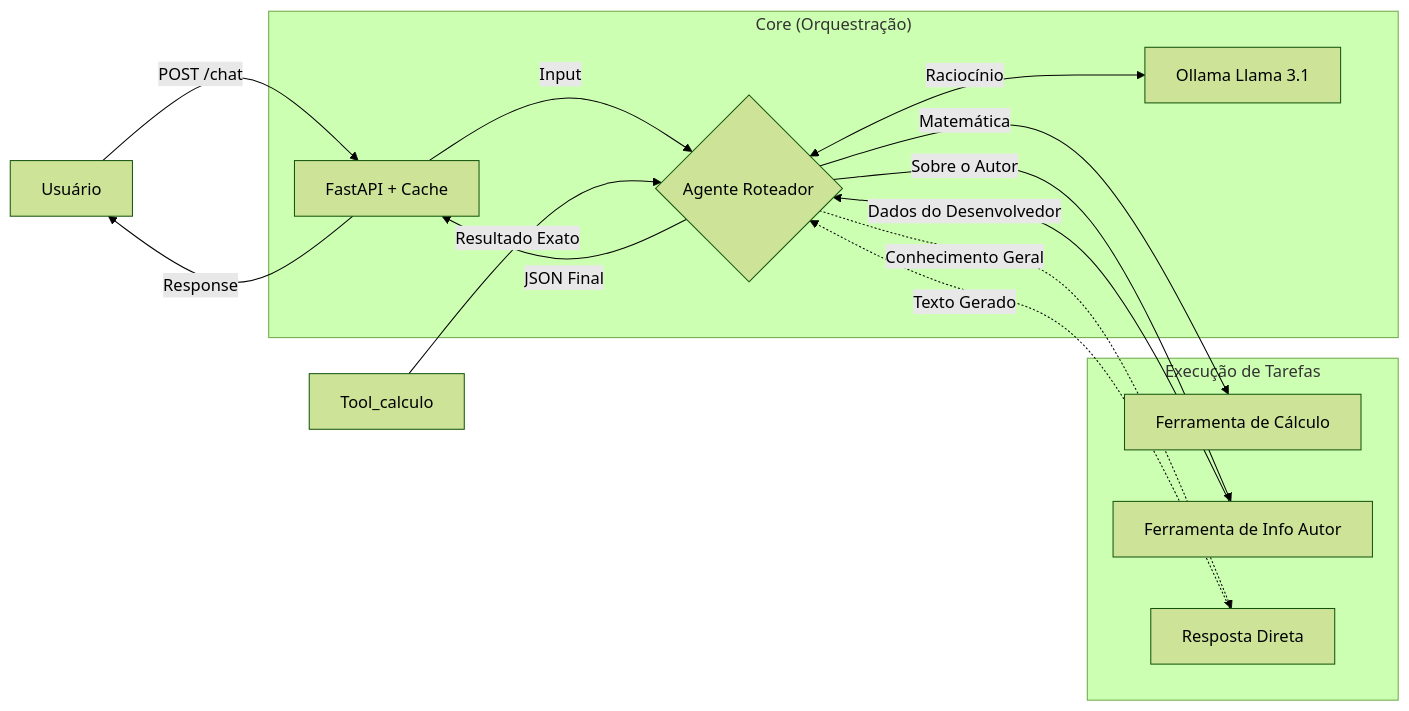
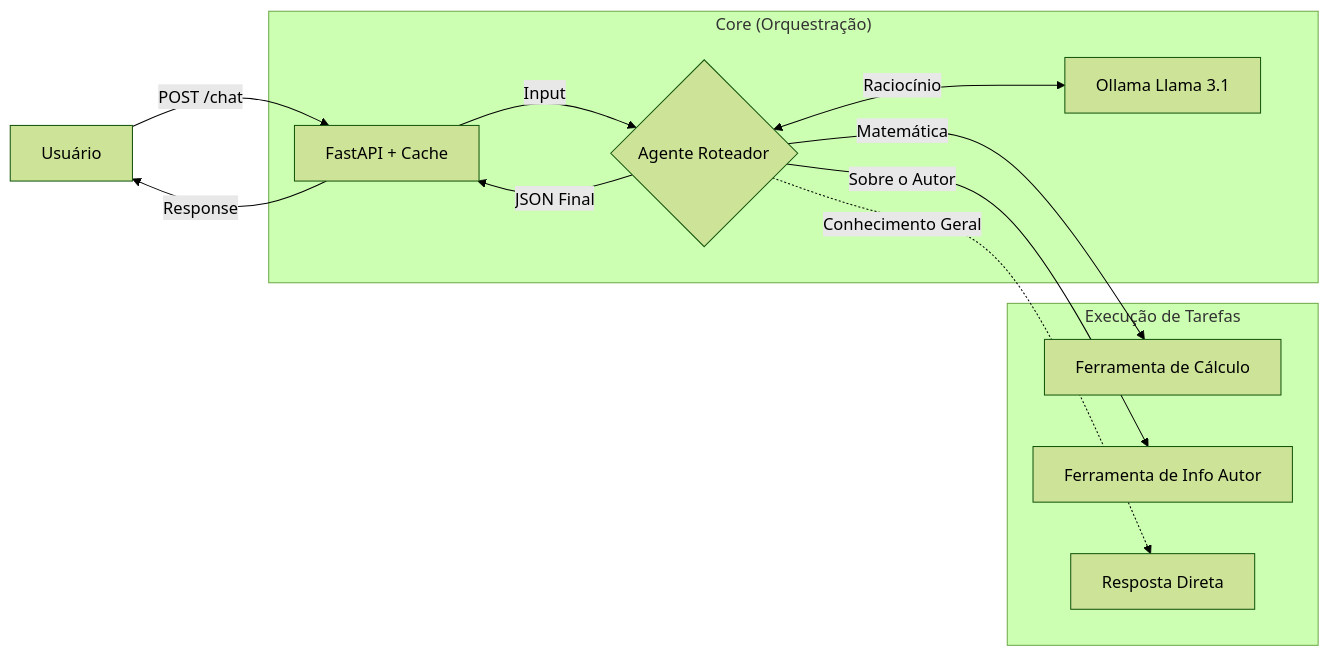
Before and after one commit to Makonmm/teste-tecnico: the diagram in README.md, drawn with Mermaid (forest theme).

Commit message:
docs: editing graph

````diff
--- a/README.md
+++ b/README.md
@@ -12,23 +12,19 @@
 ```mermaid
 graph LR
     User[Usuário] -->|POST /chat| API[FastAPI + Cache]
     
     subgraph "Core (Orquestração)"
         API -->|Input| Agent{Agente Roteador}
         Agent <-->|Raciocínio| LLM[Ollama Llama 3.1]
     end
     
     subgraph "Execução de Tarefas"
         Agent -- Matemática --> Tool_Calculo[Ferramenta de Cálculo]
         Agent -- Sobre o Autor --> Tool_about_me[Ferramenta de Info Autor]
         Agent -. Conhecimento Geral .-> Direct[Resposta Direta]
     end
     
-    Tool_calculo -->|Resultado Exato| Agent
-    Tool_about_me -->|Dados do Desenvolvedor| Agent
-    Direct -.->|Texto Gerado| Agent
-    
     Agent -->|JSON Final| API
     API -->|Response| User
 
 ```
````
